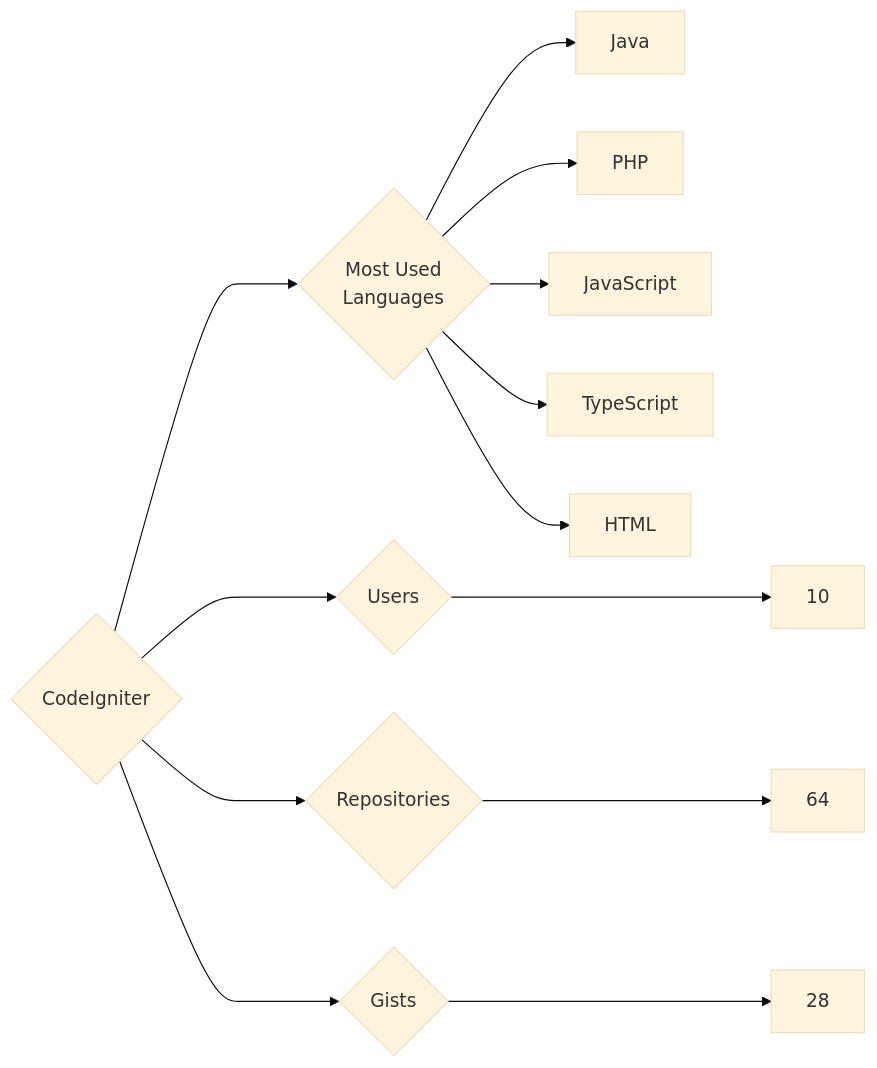
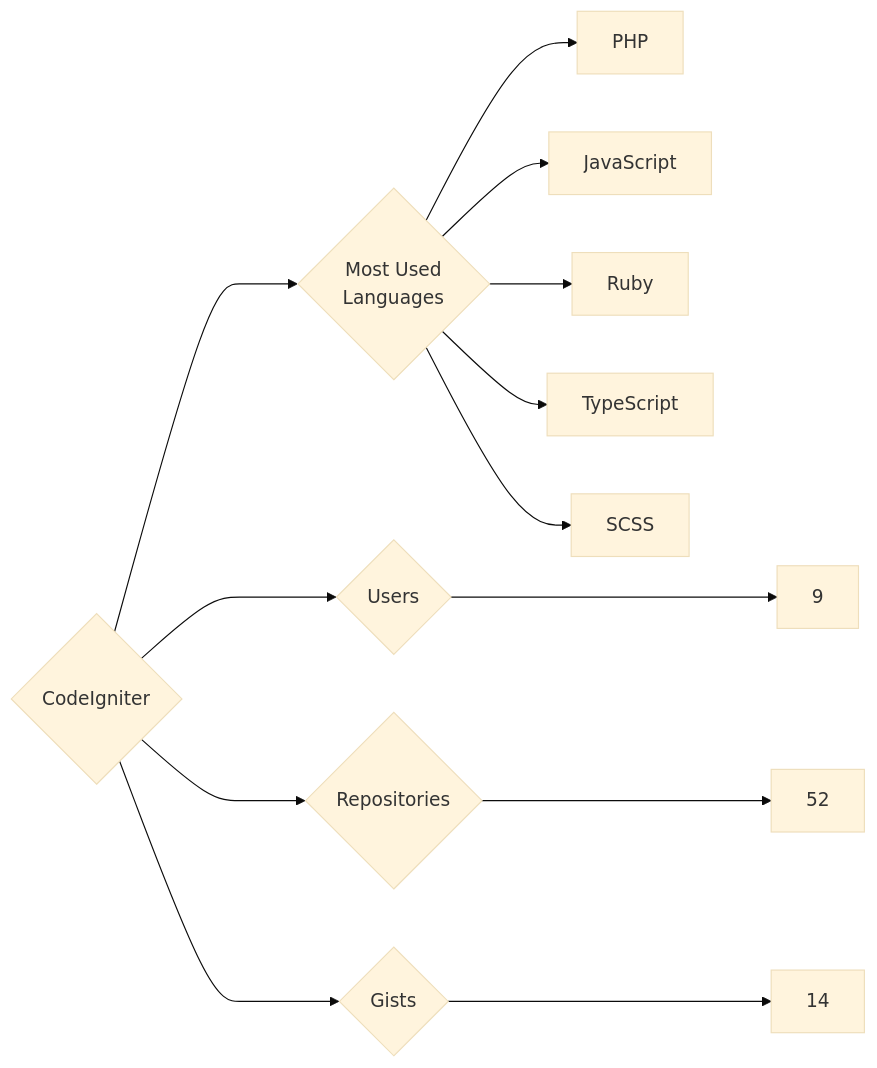
The diagram in targets/CodeIgniter/README.md (trickest/insiders), drawn with Mermaid (base theme) before and after one commit. The commit also changed 912 other files, not shown here.

````diff
--- a/targets/CodeIgniter/README.md
+++ b/targets/CodeIgniter/README.md
@@ -3,13 +3,13 @@
 ```mermaid
 graph LR
 COMPANY_NAME{CodeIgniter}
-COMPANY_NAME ---> U{Users} ---> UN[10]
-COMPANY_NAME ---> R{Repositories} ---> RN[64]
-COMPANY_NAME ---> G{Gists} ---> GN[28]
+COMPANY_NAME ---> U{Users} ---> UN[9]
+COMPANY_NAME ---> R{Repositories} ---> RN[52]
+COMPANY_NAME ---> G{Gists} ---> GN[14]
 COMPANY_NAME ---> ML{Most Used<br>Languages}
-ML --> Java[Java]
 ML --> PHP[PHP]
 ML --> JavaScript[JavaScript]
+ML --> Ruby[Ruby]
 ML --> TypeScript[TypeScript]
-ML --> HTML[HTML]
+ML --> SCSS[SCSS]
 ```
````
